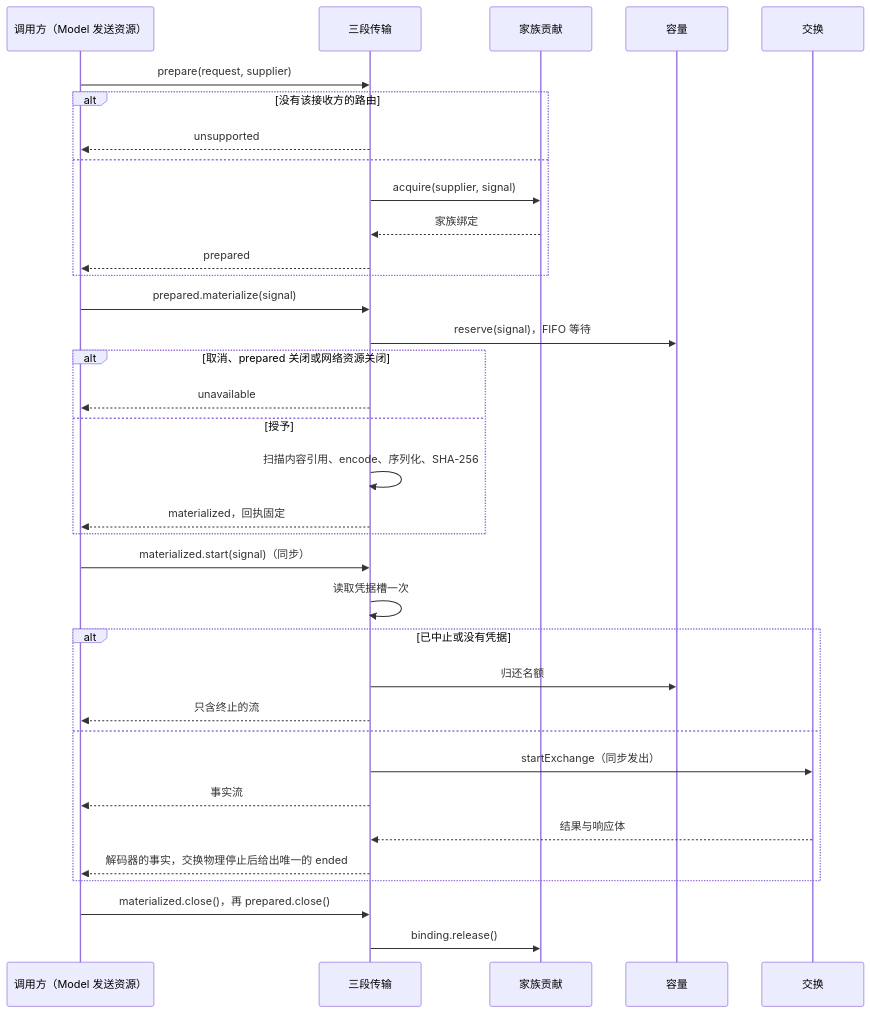
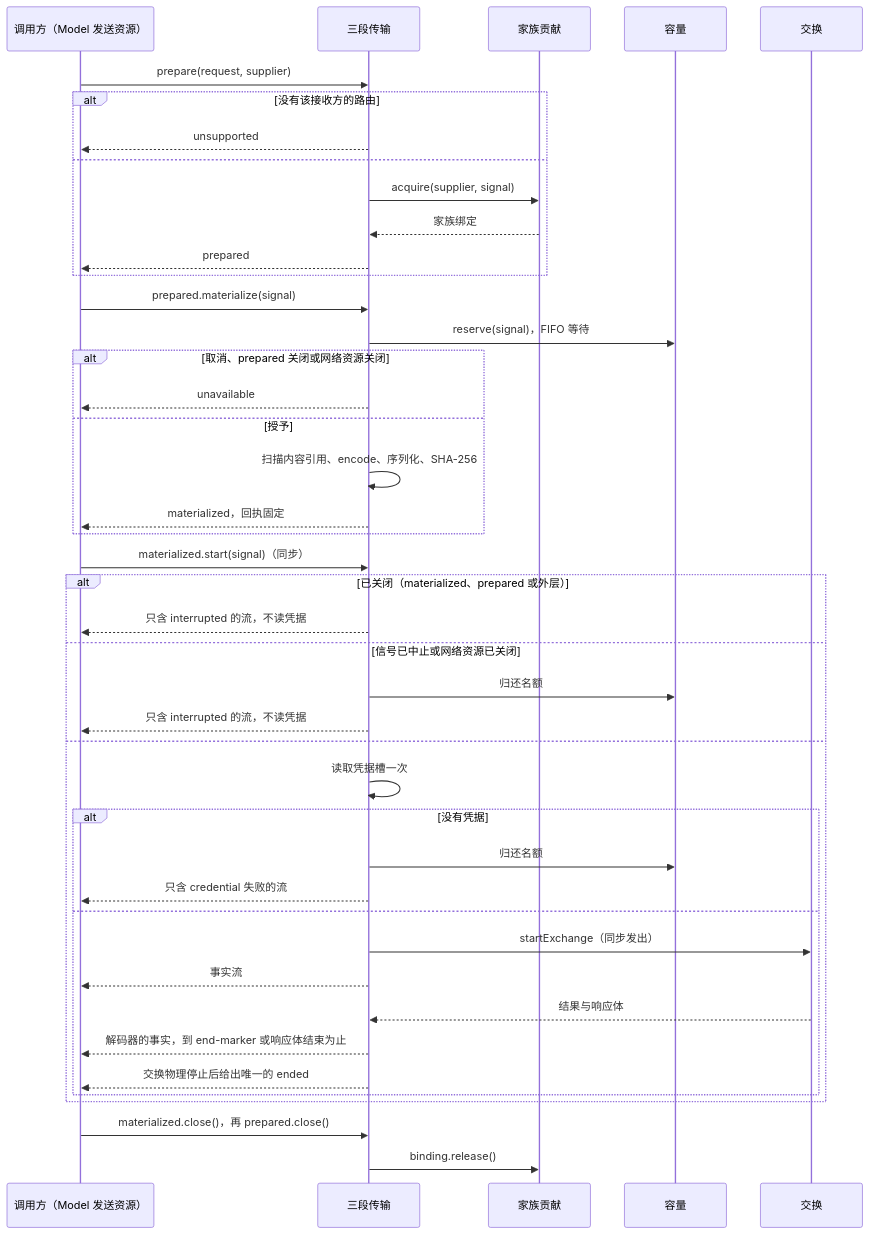
One commit to nemori-ai/omne-harness-lite changed the first of 4 diagrams in packages/model/pi-ai-transport/docs/flows.md. Above: the diagram before and after it, drawn with Mermaid. The commit also changed 8 other files, not shown here.

````diff
--- a/packages/model/pi-ai-transport/docs/flows.md
+++ b/packages/model/pi-ai-transport/docs/flows.md
@@ -9,37 +9,45 @@
 ```mermaid
 sequenceDiagram
   participant Model as 调用方（Model 发送资源）
   participant T as 三段传输
   participant F as 家族贡献
   participant Cap as 容量
   participant Ex as 交换
   Model->>T: prepare(request, supplier)
   alt 没有该接收方的路由
     T-->>Model: unsupported
   else
     T->>F: acquire(supplier, signal)
     F-->>T: 家族绑定
     T-->>Model: prepared
   end
   Model->>T: prepared.materialize(signal)
   T->>Cap: reserve(signal)，FIFO 等待
   alt 取消、prepared 关闭或网络资源关闭
     T-->>Model: unavailable
   else 授予
     T->>T: 扫描内容引用、encode、序列化、SHA-256
     T-->>Model: materialized，回执固定
   end
   Model->>T: materialized.start(signal)（同步）
-  T->>T: 读取凭据槽一次
-  alt 已中止或没有凭据
+  alt 已关闭（materialized、prepared 或外层）
+    T-->>Model: 只含 interrupted 的流，不读凭据
+  else 信号已中止或网络资源已关闭
     T->>Cap: 归还名额
-    T-->>Model: 只含终止的流
+    T-->>Model: 只含 interrupted 的流，不读凭据
   else
-    T->>Ex: startExchange（同步发出）
-    T-->>Model: 事实流
-    Ex-->>T: 结果与响应体
-    T-->>Model: 解码器的事实，交换物理停止后给出唯一的 ended
+    T->>T: 读取凭据槽一次
+    alt 没有凭据
+      T->>Cap: 归还名额
+      T-->>Model: 只含 credential 失败的流
+    else
+      T->>Ex: startExchange（同步发出）
+      T-->>Model: 事实流
+      Ex-->>T: 结果与响应体
+      T-->>Model: 解码器的事实，到 end-marker 或响应体结束为止
+      T-->>Model: 交换物理停止后给出唯一的 ended
+    end
   end
   Model->>T: materialized.close()，再 prepared.close()
   T->>F: binding.release()
 ```
````
